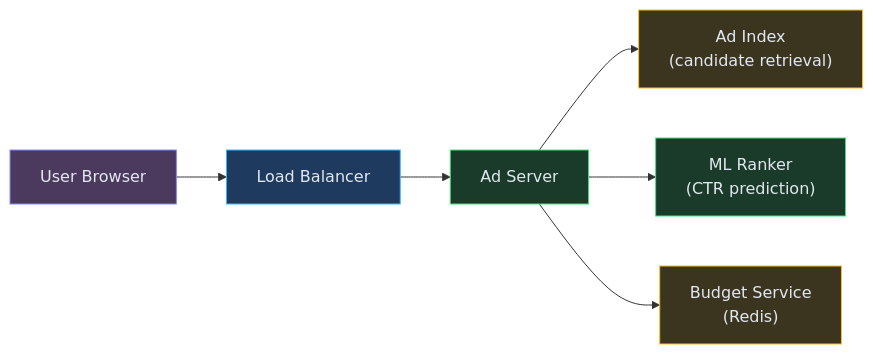
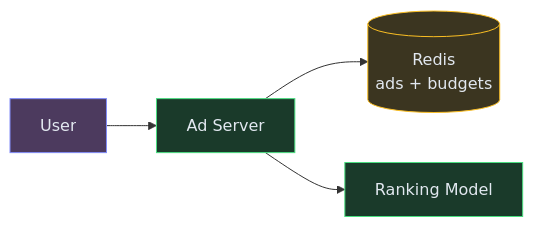
One commit to iluzn/HLD-Designs changed the second of 4 diagrams in content/hld/AdSystem.md. Above: the diagram before and after it, drawn with Mermaid. The commit also changed other lines of this file and 8 other files, not shown here.

````diff
--- a/content/hld/AdSystem.md
+++ b/content/hld/AdSystem.md
@@ -161,20 +99,15 @@
 ```mermaid
 flowchart LR
-    USER["User Browser"]:::client
-    LB["Load Balancer"]:::edge
+    USER["User"]:::client
     ADSERV["Ad Server"]:::service
-    INDEX["Ad Index<br/>(candidate retrieval)"]:::data
-    ML["ML Ranker<br/>(CTR prediction)"]:::service
-    BUDGET["Budget Service<br/>(Redis)"]:::data
+    CACHE[("Redis<br/>ads + budgets")]:::data
+    MODEL["Ranking Model"]:::service
 
-    USER --> LB
-    LB --> ADSERV
-    ADSERV --> INDEX
-    ADSERV --> ML
-    ADSERV --> BUDGET
+    USER --> ADSERV
+    ADSERV --> CACHE
+    ADSERV --> MODEL
 
     classDef client fill:#4c3a5e,stroke:#818cf8,color:#e2e8f0
-    classDef edge fill:#1e3a5f,stroke:#38bdf8,color:#e2e8f0
     classDef service fill:#1a3a2a,stroke:#4ade80,color:#e2e8f0
     classDef data fill:#3b3520,stroke:#fbbf24,color:#e2e8f0
 ```
````
